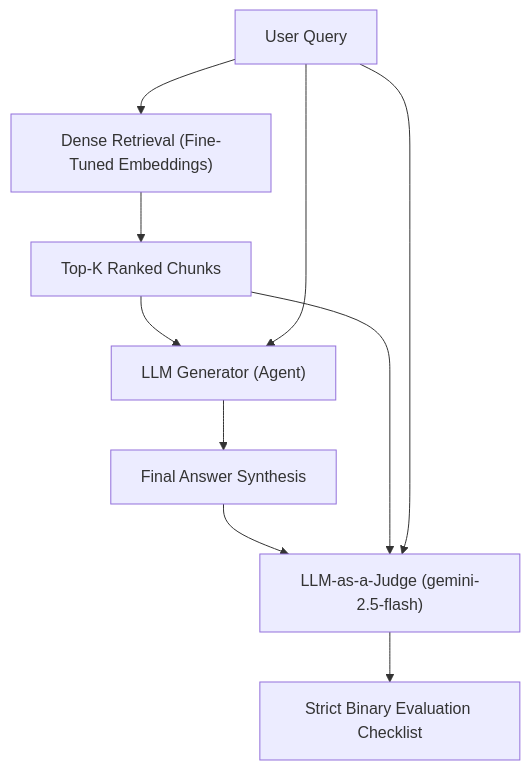
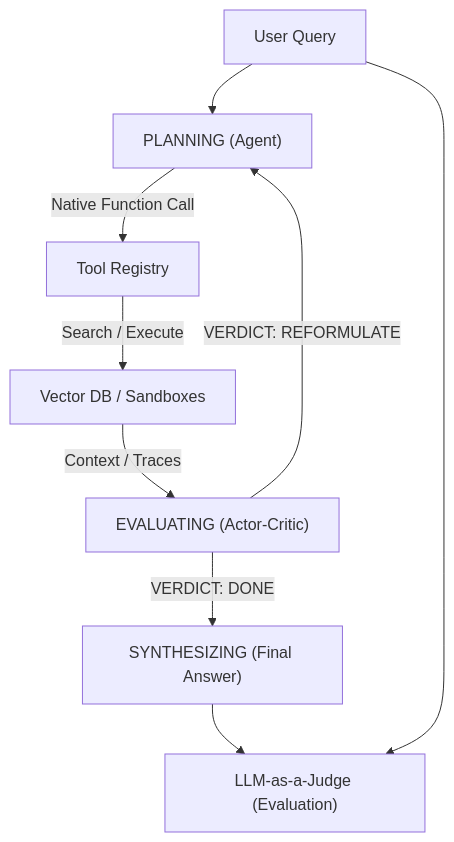
The diagram in README.md (Divyansh-h/Waypoint), drawn with Mermaid before and after one commit. The commit also changed other lines of this file and 15 other files, not shown here.

````diff
--- a/README.md
+++ b/README.md
@@ -45,15 +45,14 @@
 ```mermaid
 graph TD
-    Q["User Query"] --> D["Dense Retrieval (Fine-Tuned Embeddings)"]
+    Q["User Query"] --> Planner["PLANNING (Agent)"]
     
-    D --> TopK["Top-K Ranked Chunks"]
+    Planner -->|Native Function Call| Tools["Tool Registry"]
+    Tools -->|Search / Execute| DB["Vector DB / Sandboxes"]
+    DB -->|Context / Traces| Verifier["EVALUATING (Actor-Critic)"]
     
-    TopK --> Gen["LLM Generator (Agent)"]
-    Q --> Gen
-    Gen --> Ans["Final Answer Synthesis"]
+    Verifier -->|VERDICT: REFORMULATE| Planner
+    Verifier -->|VERDICT: DONE| Synth["SYNTHESIZING (Final Answer)"]
     
-    Ans --> Judge["LLM-as-a-Judge (gemini-2.5-flash)"]
-    TopK --> Judge
+    Synth --> Judge["LLM-as-a-Judge (Evaluation)"]
     Q --> Judge
-    Judge --> Score["Strict Binary Evaluation Checklist"]
 ```
````
